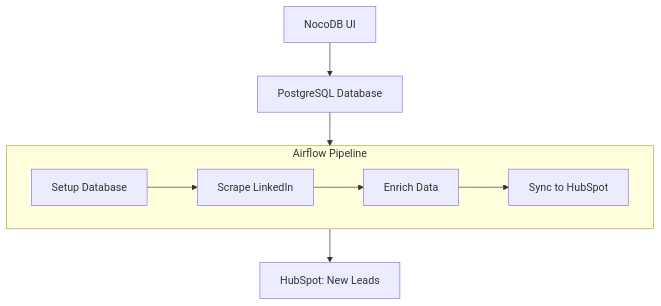
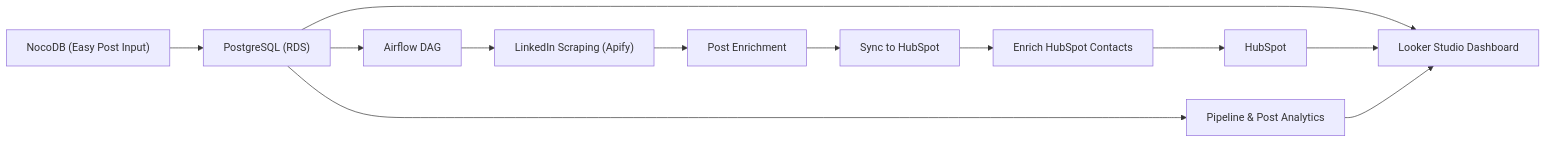
The first of 2 diagrams in README.md (tom-youngblood/linkedin-analytics-airflow), drawn with Mermaid before and after one commit. The commit also changed other lines of this file, not shown here.

````diff
--- a/README.md
+++ b/README.md
@@ -51,14 +68,14 @@
 ```mermaid
-graph TD
-    A[NocoDB UI] --> B[PostgreSQL Database]
-    
-    subgraph Airflow Pipeline
-      direction LR
-        C["Setup Database"] --> D["Scrape LinkedIn"]
-        D --> E["Enrich Data"]
-        E --> F["Sync to HubSpot"]
-    end
-
-    B --> C
-    F --> G[HubSpot: New Leads]
+flowchart LR
+    A["NocoDB (Easy Post Input)"] --> B["PostgreSQL (RDS)"]
+    B --> C[Airflow DAG]
+    C --> D["LinkedIn Scraping (Apify)"]
+    D --> E[Post Enrichment]
+    E --> F[Sync to HubSpot]
+    F --> G[Enrich HubSpot Contacts]
+    G --> H["HubSpot"]
+    B --> I[Looker Studio Dashboard]
+    H --> I
+    B --> J[Pipeline & Post Analytics]
+    J --> I
 ```
````
